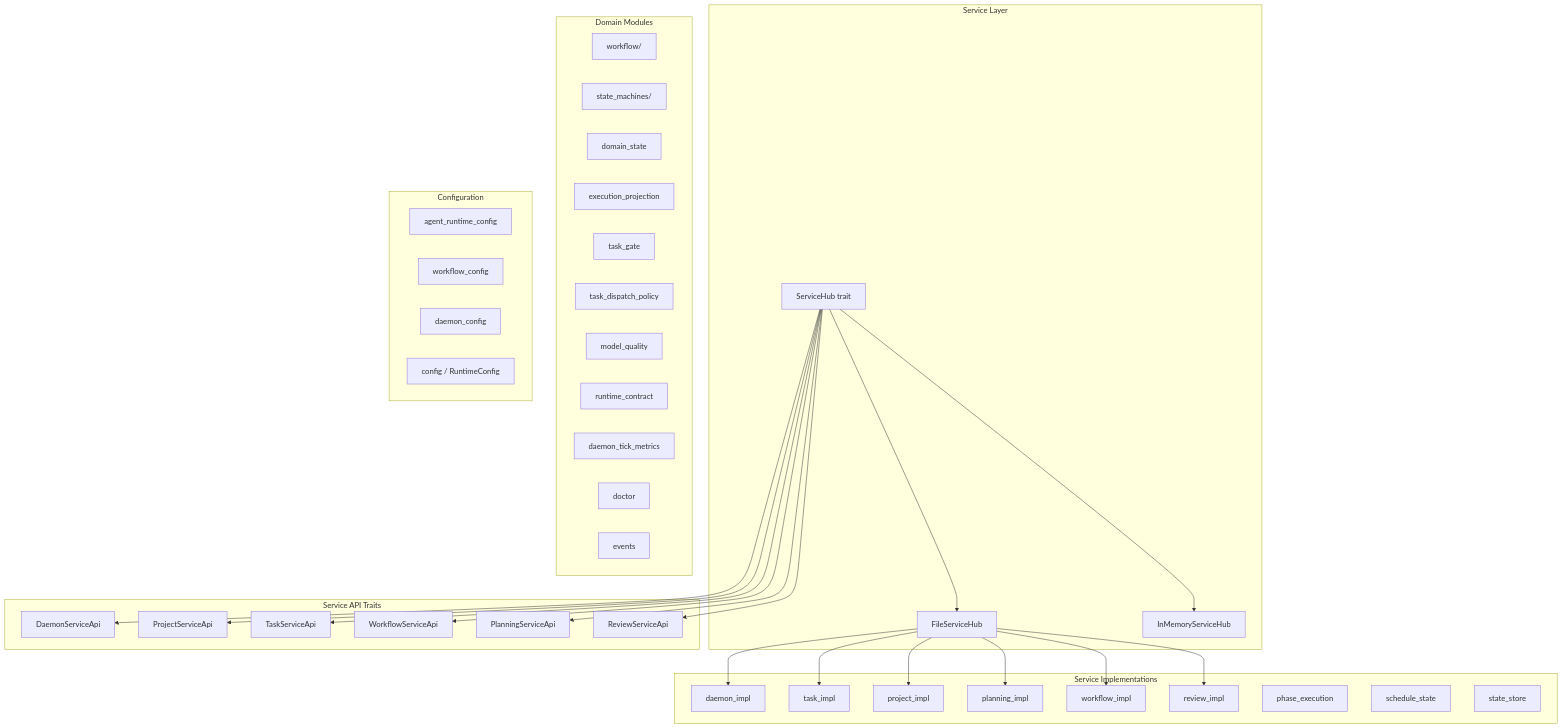
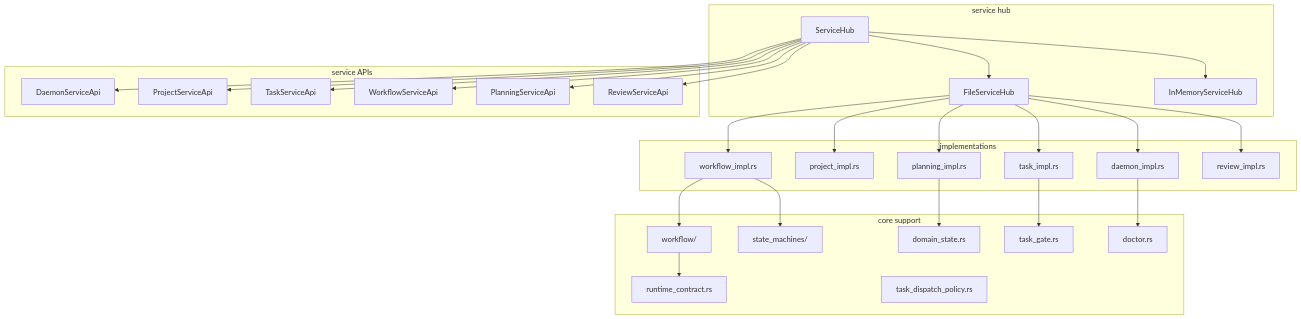
One commit to launchapp-dev/animus-cli changed the first of 2 diagrams in crates/orchestrator-core/README.md. Above: the diagram before and after it, drawn with Mermaid. The commit also changed other lines of this file and 15 other files, not shown here.

````diff
--- a/crates/orchestrator-core/README.md
+++ b/crates/orchestrator-core/README.md
@@ -15,66 +15,57 @@
 ```mermaid
 graph TD
-    subgraph "Service Layer"
-        SH[ServiceHub trait]
-        FSH[FileServiceHub]
-        IMSH[InMemoryServiceHub]
-        SH --> FSH
-        SH --> IMSH
+    subgraph "service hub"
+        SH["ServiceHub"]
+        FSH["FileServiceHub"]
+        IMH["InMemoryServiceHub"]
     end
 
-    subgraph "Service API Traits"
-        DSA[DaemonServiceApi]
-        PSA[ProjectServiceApi]
-        TSA[TaskServiceApi]
-        WSA[WorkflowServiceApi]
-        PLSA[PlanningServiceApi]
-        RSA[ReviewServiceApi]
+    subgraph "service APIs"
+        DAEMON["DaemonServiceApi"]
+        PROJECT["ProjectServiceApi"]
+        TASK["TaskServiceApi"]
+        WFAPI["WorkflowServiceApi"]
+        PLAN["PlanningServiceApi"]
+        REVIEW["ReviewServiceApi"]
     end
 
-    SH --> DSA
-    SH --> PSA
-    SH --> TSA
-    SH --> WSA
-    SH --> PLSA
-    SH --> RSA
-
-    subgraph "Domain Modules"
-        WF[workflow/]
-        SM[state_machines/]
-        DS[domain_state]
-        EP[execution_projection]
-        TG[task_gate]
-        TDP[task_dispatch_policy]
-        MQ[model_quality]
-        RC[runtime_contract]
-        DTM[daemon_tick_metrics]
-        DR[doctor]
-        EV[events]
+    subgraph "implementations"
+        DI["daemon_impl.rs"]
+        PI["project_impl.rs"]
+        TI["task_impl.rs"]
+        WI["workflow_impl.rs"]
+        PLI["planning_impl.rs"]
+        RI["review_impl.rs"]
     end
 
-    subgraph "Service Implementations"
-        DI[daemon_impl]
-        TI[task_impl]
-        PI[project_impl]
-        PLI[planning_impl]
-        WI[workflow_impl]
-        RI[review_impl]
-        PE[phase_execution]
-        SS[schedule_state]
-        ST[state_store]
+    subgraph "core support"
+        WF["workflow/"]
+        SM["state_machines/"]
+        STATE["domain_state.rs"]
+        CONTRACT["runtime_contract.rs"]
+        GATE["task_gate.rs"]
+        POLICY["task_dispatch_policy.rs"]
+        DOCTOR["doctor.rs"]
     end
 
+    SH --> FSH
+    SH --> IMH
+    SH --> DAEMON
+    SH --> PROJECT
+    SH --> TASK
+    SH --> WFAPI
+    SH --> PLAN
+    SH --> REVIEW
     FSH --> DI
+    FSH --> PI
     FSH --> TI
-    FSH --> PI
+    FSH --> WI
     FSH --> PLI
-    FSH --> WI
     FSH --> RI
-
-    subgraph "Configuration"
-        ARC[agent_runtime_config]
-        WC[workflow_config]
-        DC[daemon_config]
-        CFG[config / RuntimeConfig]
-    end
+    WI --> WF
+    WI --> SM
+    TI --> GATE
+    DI --> DOCTOR
+    PLI --> STATE
+    WF --> CONTRACT
 ```
````
